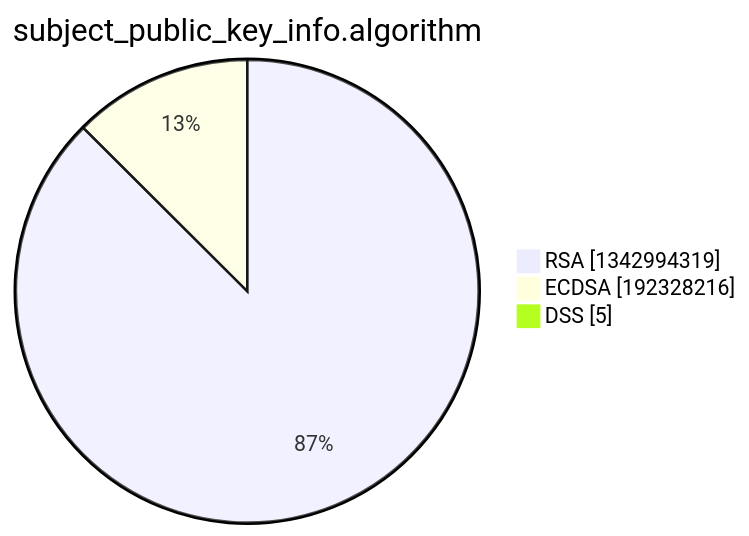
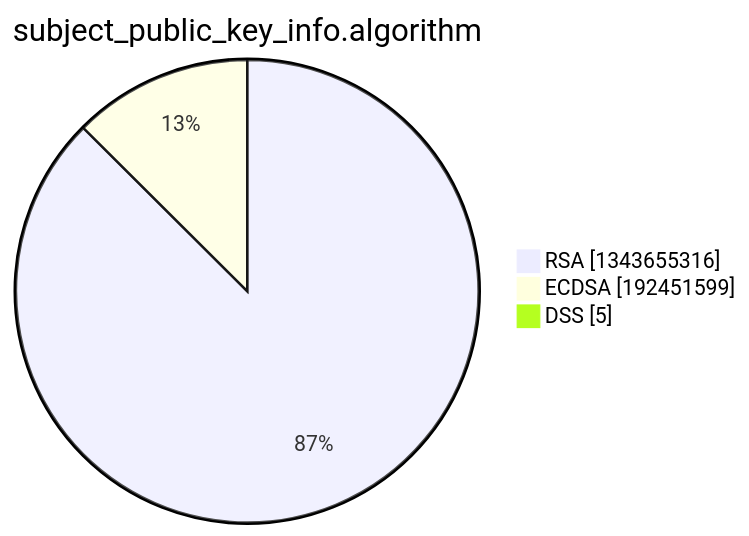
The third of 15 diagrams in xenon2022/README.md (christiankrug/ctmonitor_visualization), drawn with Mermaid before and after one commit. The commit also changed other lines of this file, not shown here.

````diff
--- a/xenon2022/README.md
+++ b/xenon2022/README.md
@@ -14,7 +14,7 @@
 ```mermaid
 pie showData
 title subject_public_key_info.algorithm
-"RSA" :1342994319
-"ECDSA" :192328216
+"RSA" :1343655316
+"ECDSA" :192451599
 "DSS" :5
 ```
````
